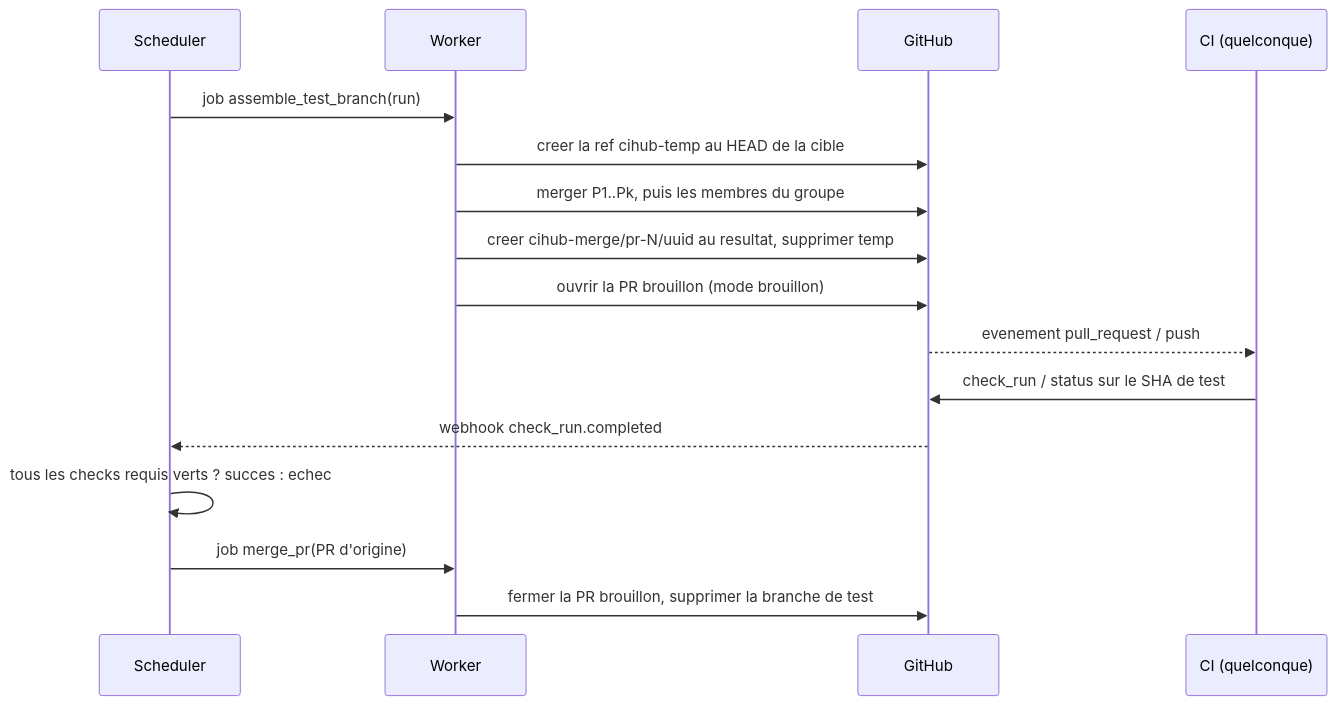
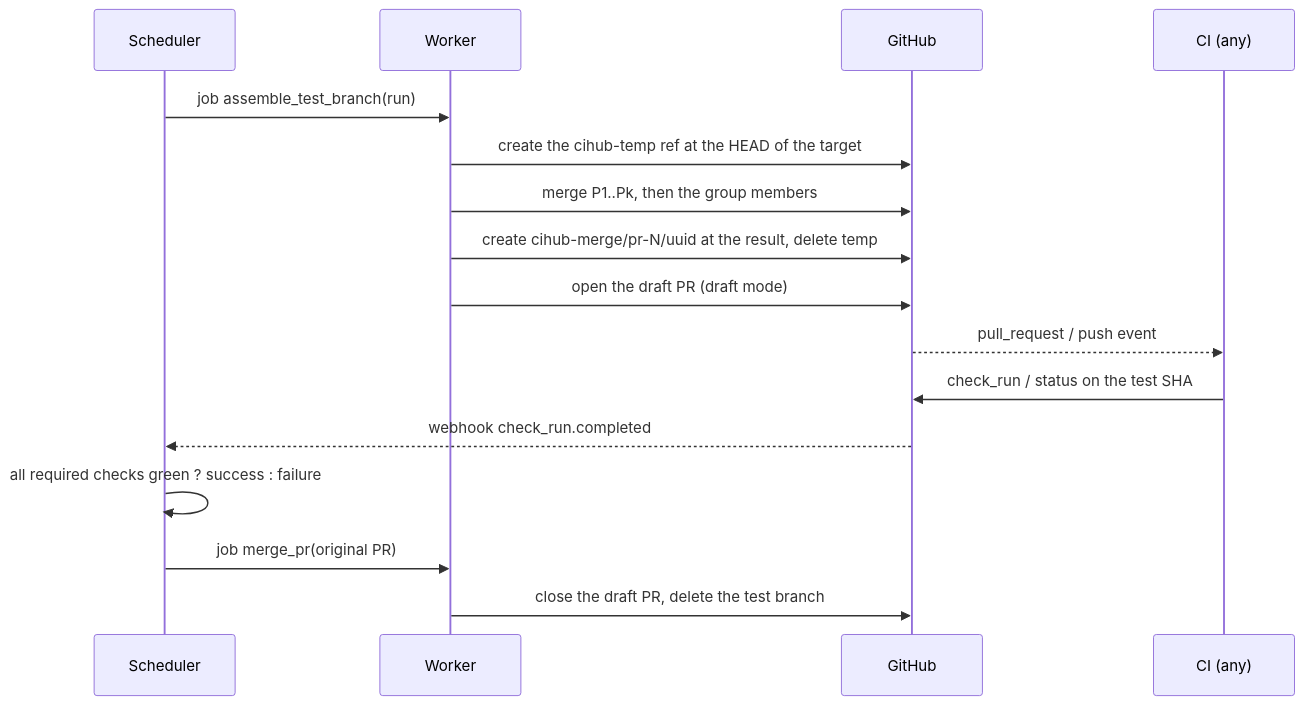
The diagram in docs/CI.md (getcihub/cihub), drawn with Mermaid before and after one commit. The commit also changed other lines of this file and 131 other files, not shown here.

Commit message:
chore: improve agentic flow

````diff
--- a/docs/CI.md
+++ b/docs/CI.md
@@ -7,18 +5,18 @@
 ```mermaid
 sequenceDiagram
   participant S as Scheduler
   participant W as Worker
   participant G as GitHub
-  participant C as CI (quelconque)
+  participant C as CI (any)
   S->>W: job assemble_test_branch(run)
-  W->>G: creer la ref cihub-temp au HEAD de la cible
-  W->>G: merger P1..Pk, puis les membres du groupe
-  W->>G: creer cihub-merge/pr-N/uuid au resultat, supprimer temp
-  W->>G: ouvrir la PR brouillon (mode brouillon)
-  G-->>C: evenement pull_request / push
-  C->>G: check_run / status sur le SHA de test
+  W->>G: create the cihub-temp ref at the HEAD of the target
+  W->>G: merge P1..Pk, then the group members
+  W->>G: create cihub-merge/pr-N/uuid at the result, delete temp
+  W->>G: open the draft PR (draft mode)
+  G-->>C: pull_request / push event
+  C->>G: check_run / status on the test SHA
   G-->>S: webhook check_run.completed
-  S->>S: tous les checks requis verts ? succes : echec
-  S->>W: job merge_pr(PR d'origine)
-  W->>G: fermer la PR brouillon, supprimer la branche de test
+  S->>S: all required checks green ? success : failure
+  S->>W: job merge_pr(original PR)
+  W->>G: close the draft PR, delete the test branch
 ```
````
